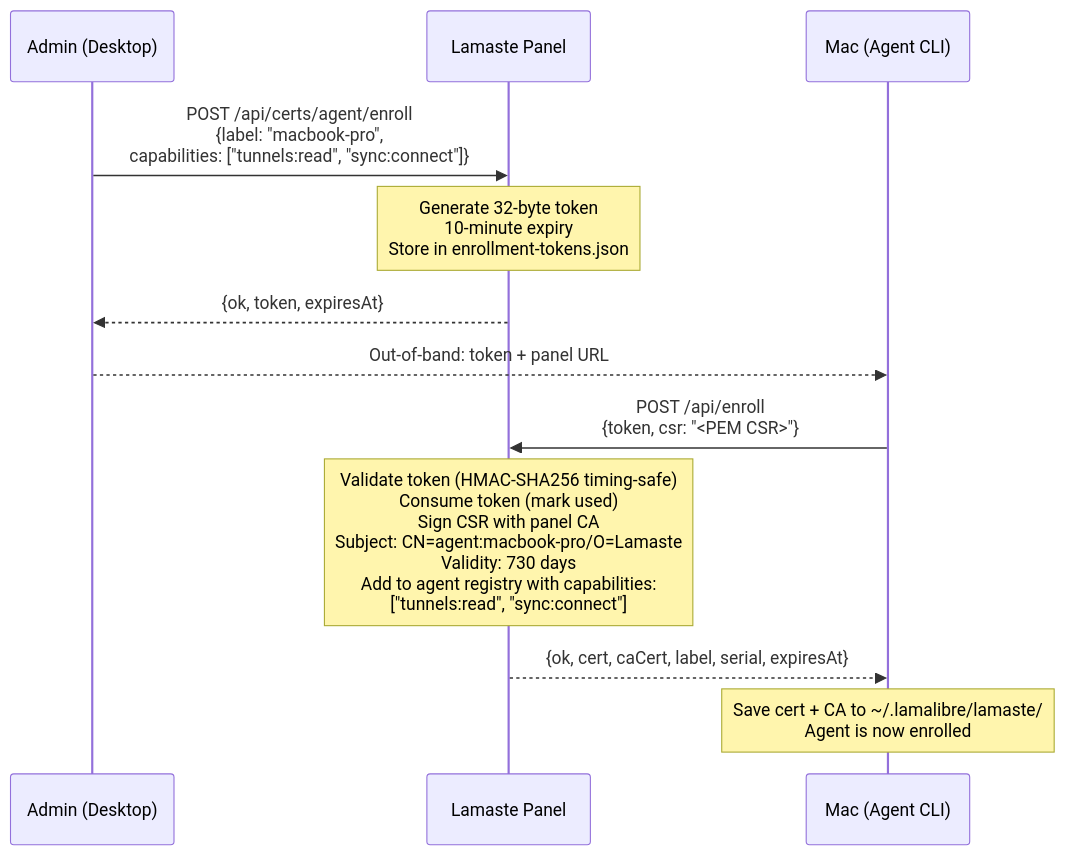
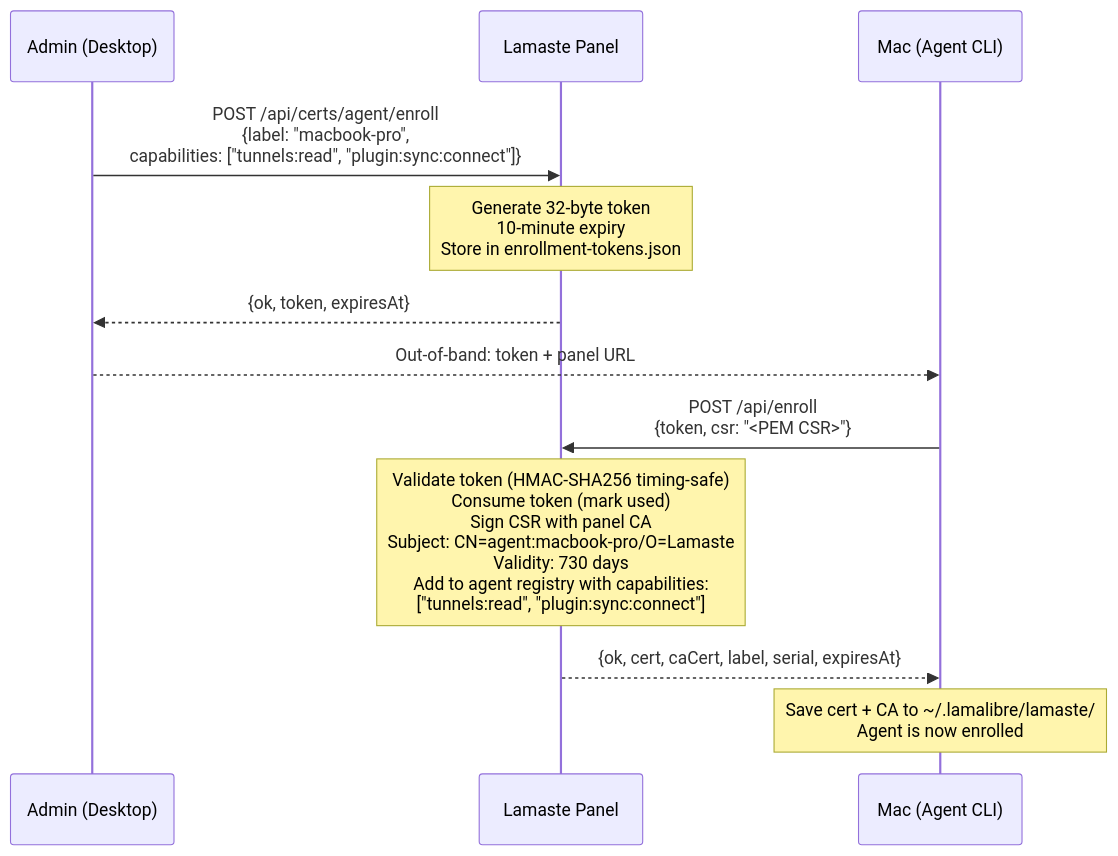
Before and after one commit to lamalibre/lamaste: the first of 11 diagrams in packages/core/docs/02-guides/standalone-plugin-with-tickets.md, drawn with Mermaid. The commit also changed other lines of this file and 5 other files, not shown here.

````diff
--- a/packages/core/docs/02-guides/standalone-plugin-with-tickets.md
+++ b/packages/core/docs/02-guides/standalone-plugin-with-tickets.md
@@ -38,17 +38,17 @@
 ```mermaid
 sequenceDiagram
     participant Admin as Admin (Desktop)
     participant Panel as Lamaste Panel
     participant Mac as Mac (Agent CLI)
 
-    Admin->>Panel: POST /api/certs/agent/enroll<br/>{label: "macbook-pro",<br/>capabilities: ["tunnels:read", "sync:connect"]}
+    Admin->>Panel: POST /api/certs/agent/enroll<br/>{label: "macbook-pro",<br/>capabilities: ["tunnels:read", "plugin:sync:connect"]}
     Note over Panel: Generate 32-byte token<br/>10-minute expiry<br/>Store in enrollment-tokens.json
     Panel-->>Admin: {ok, token, expiresAt}
 
     Admin-->>Mac: Out-of-band: token + panel URL
 
     Mac->>Panel: POST /api/enroll<br/>{token, csr: "<PEM CSR>"}
-    Note over Panel: Validate token (HMAC-SHA256 timing-safe)<br/>Consume token (mark used)<br/>Sign CSR with panel CA<br/>Subject: CN=agent:macbook-pro/O=Lamaste<br/>Validity: 730 days<br/>Add to agent registry with capabilities:<br/>["tunnels:read", "sync:connect"]
+    Note over Panel: Validate token (HMAC-SHA256 timing-safe)<br/>Consume token (mark used)<br/>Sign CSR with panel CA<br/>Subject: CN=agent:macbook-pro/O=Lamaste<br/>Validity: 730 days<br/>Add to agent registry with capabilities:<br/>["tunnels:read", "plugin:sync:connect"]
     Panel-->>Mac: {ok, cert, caCert, label, serial, expiresAt}
     Note over Mac: Save cert + CA to ~/.lamalibre/lamaste/<br/>Agent is now enrolled
 ```
````
